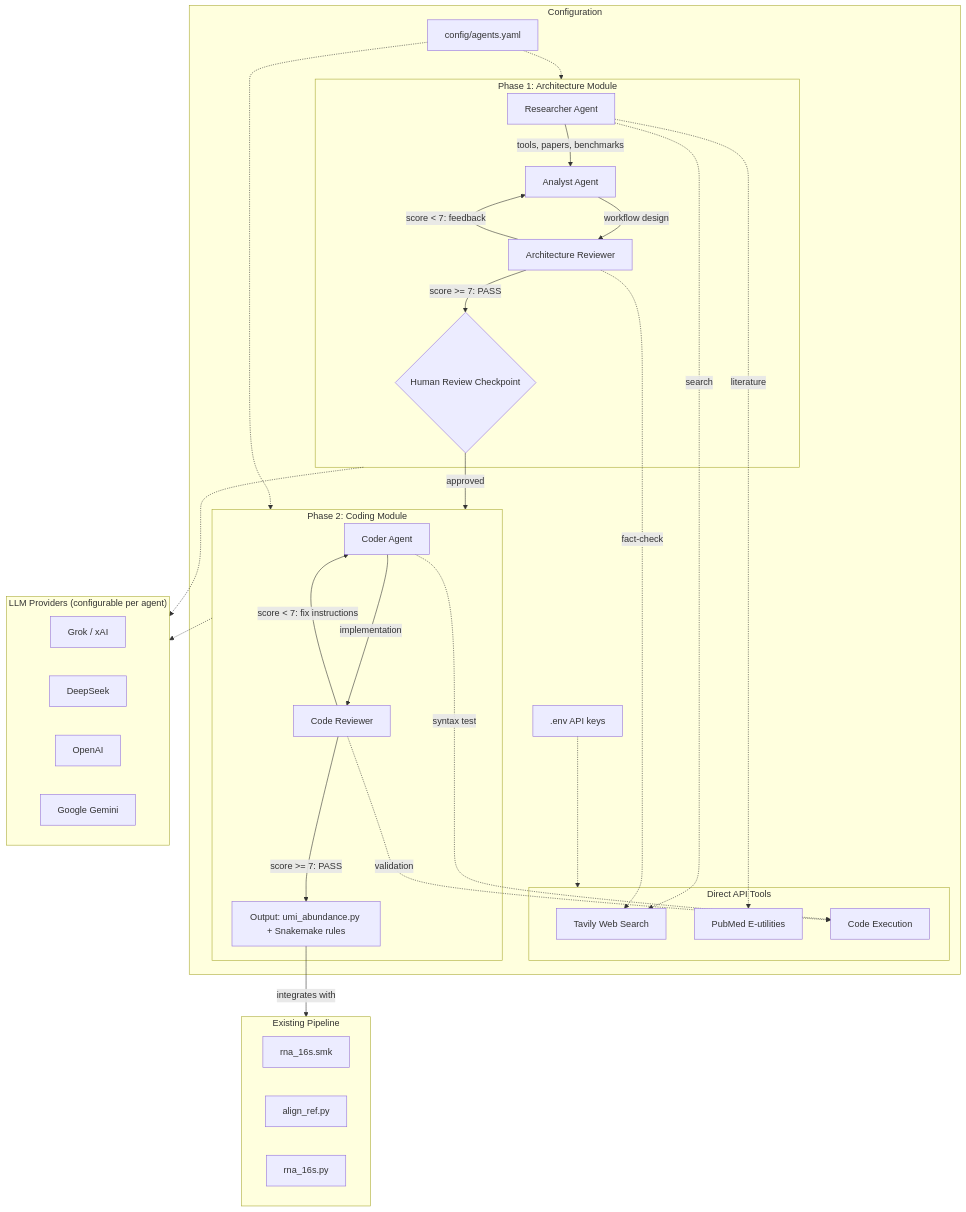
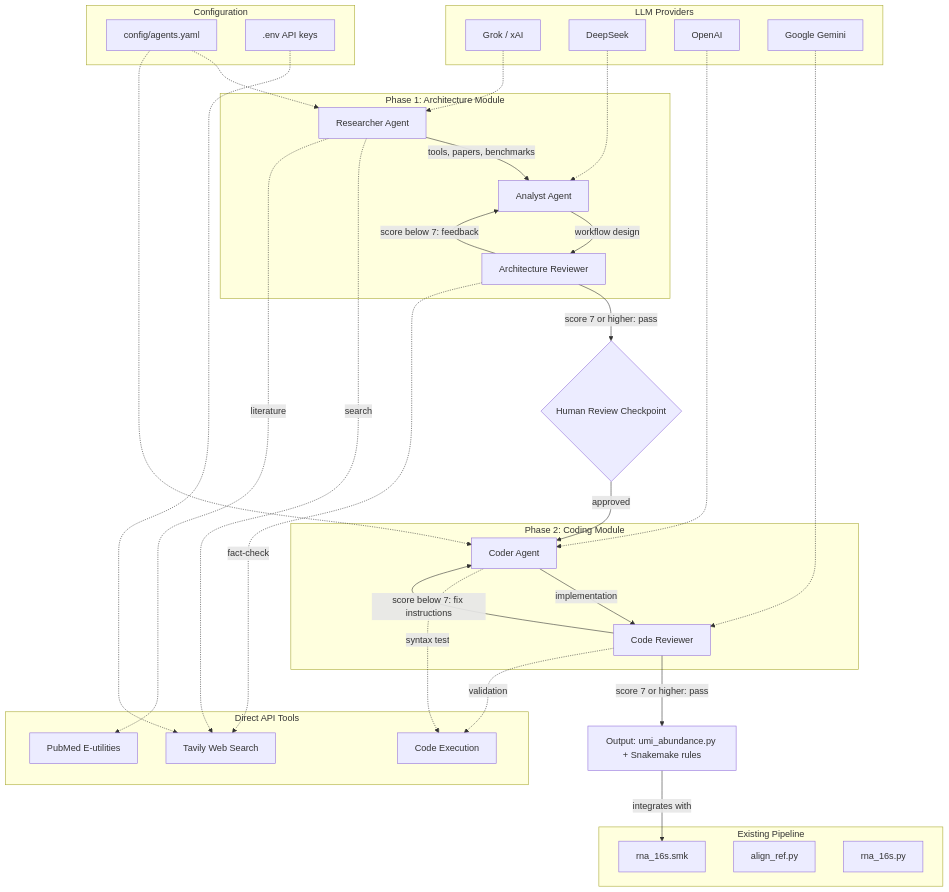
One commit to arcadianlyric/agentic_bioArchitect changed the diagram in README.md. Above: the diagram before and after it, drawn with Mermaid. The commit also changed 1 other file, not shown here.

````diff
--- a/README.md
+++ b/README.md
@@ -14,67 +14,62 @@
 ```mermaid
-graph TD
+flowchart TD
     subgraph Phase1["Phase 1: Architecture Module"]
-        R[Researcher Agent]
-        A[Analyst Agent]
-        V[Architecture Reviewer]
-        
-        R -->|tools, papers, benchmarks| A
-        A -->|workflow design| V
-        V -->|score < 7: feedback| A
-        V -->|score >= 7: PASS| HRC
+        R["Researcher Agent"]
+        A["Analyst Agent"]
+        V["Architecture Reviewer"]
+        R -->|"tools, papers, benchmarks"| A
+        A -->|"workflow design"| V
+        V -->|"score below 7: feedback"| A
     end
 
-    subgraph Tools["Direct API Tools"]
-        T1[Tavily Web Search]
-        T2[PubMed E-utilities]
-        T3[Code Execution]
+    HRC{"Human Review Checkpoint"}
+    V -->|"score 7 or higher: pass"| HRC
+
+    subgraph Phase2["Phase 2: Coding Module"]
+        C["Coder Agent"]
+        CR["Code Reviewer"]
+        C -->|"implementation"| CR
+        CR -->|"score below 7: fix instructions"| C
     end
 
-    R -.->|search| T1
-    R -.->|literature| T2
-    V -.->|fact-check| T1
+    OUT["Output: umi_abundance.py + Snakemake rules"]
+    HRC -->|"approved"| C
+    CR -->|"score 7 or higher: pass"| OUT
 
-    HRC{Human Review Checkpoint}
-
-    subgraph Phase2["Phase 2: Coding Module"]
-        C[Coder Agent]
-        CR[Code Reviewer]
-
-        C -->|implementation| CR
-        CR -->|score < 7: fix instructions| C
-        CR -->|score >= 7: PASS| OUT
+    subgraph Tools["Direct API Tools"]
+        T1["Tavily Web Search"]
+        T2["PubMed E-utilities"]
+        T3["Code Execution"]
     end
-
-    C -.->|syntax test| T3
-    CR -.->|validation| T3
-
-    HRC -->|approved| Phase2
+    R -.->|"search"| T1
+    R -.->|"literature"| T2
+    V -.->|"fact-check"| T1
+    C -.->|"syntax test"| T3
+    CR -.->|"validation"| T3
 
     subgraph Config["Configuration"]
-        CFG[config/agents.yaml]
-        ENV[.env API keys]
-        CFG -.-> Phase1
-        CFG -.-> Phase2
-        ENV -.-> Tools
+        CFG["config/agents.yaml"]
+        ENV[".env API keys"]
     end
+    CFG -.-> R
+    CFG -.-> C
+    ENV -.-> T1
 
-    subgraph LLM["LLM Providers (configurable per agent)"]
-        G[Grok / xAI]
-        DS[DeepSeek]
-        OA[OpenAI]
-        GM[Google Gemini]
+    subgraph LLM["LLM Providers"]
+        G["Grok / xAI"]
+        DS["DeepSeek"]
+        OA["OpenAI"]
+        GM["Google Gemini"]
     end
-
-    Phase1 -.-> LLM
-    Phase2 -.-> LLM
-
-    OUT[Output: umi_abundance.py + Snakemake rules]
+    G -.-> R
+    DS -.-> A
+    OA -.-> C
+    GM -.-> CR
 
     subgraph Existing["Existing Pipeline"]
-        SMK[rna_16s.smk]
-        AR[align_ref.py]
-        R16[rna_16s.py]
+        SMK["rna_16s.smk"]
+        AR["align_ref.py"]
+        R16["rna_16s.py"]
     end
-
-    OUT -->|integrates with| Existing
+    OUT -->|"integrates with"| SMK
 ```
````
